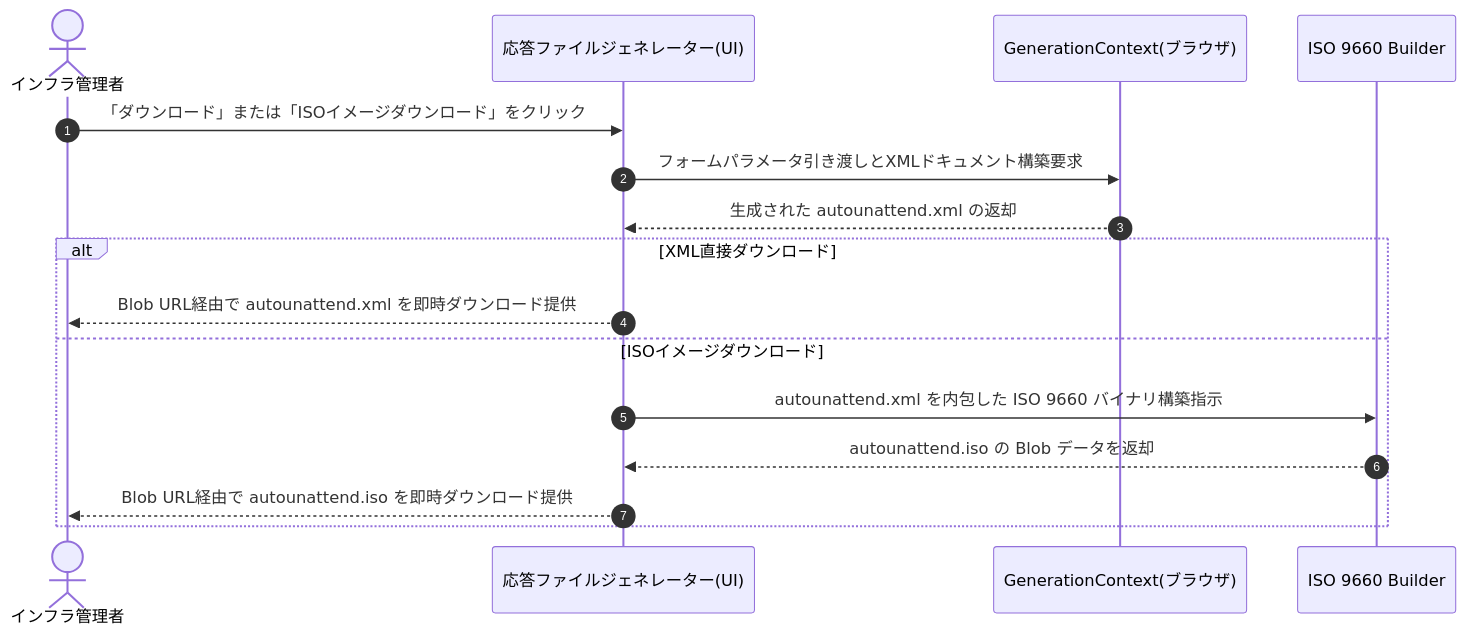
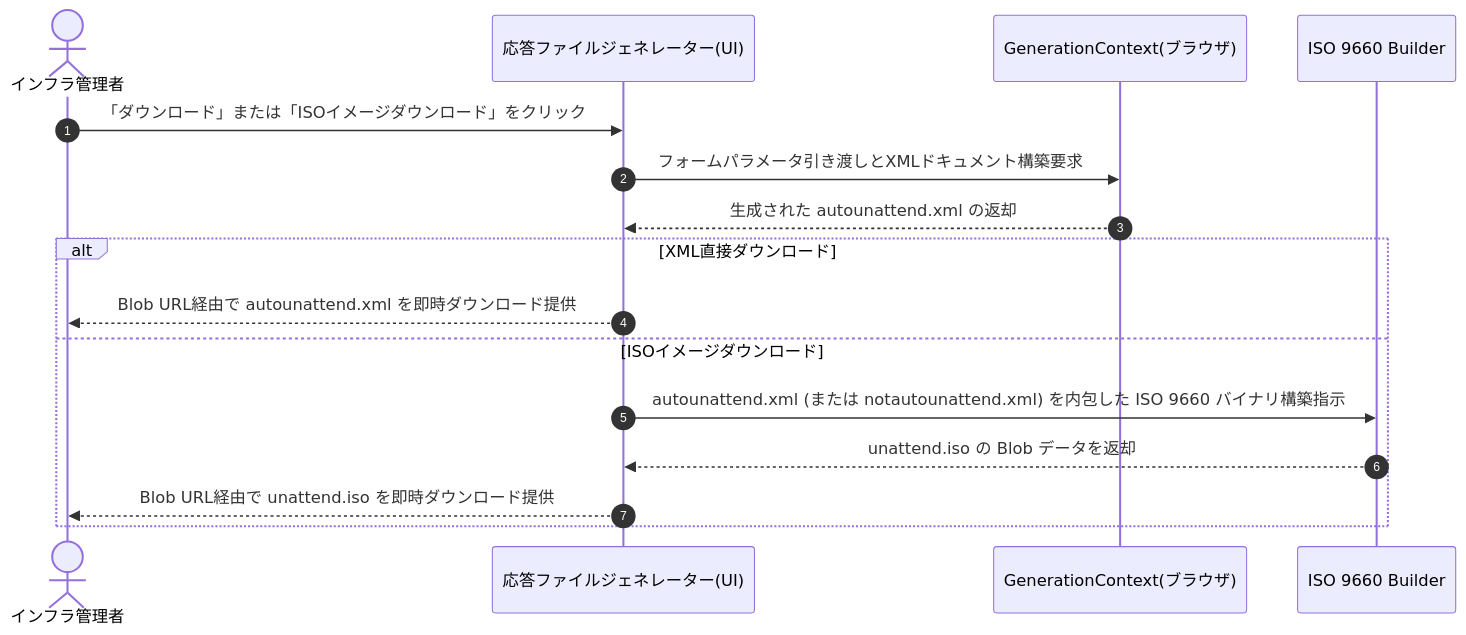
Before and after one commit to CTD-Networks-CO-LTD/unattend-generator_ja-JP: the sixth of 11 diagrams in .gear/1_要件定義/13_業務フロー.md, drawn with Mermaid. The commit also changed 23 other files, not shown here.

````diff
--- a/.gear/1_要件定義/13_業務フロー.md
+++ b/.gear/1_要件定義/13_業務フロー.md
@@ -135,19 +135,19 @@
 ```mermaid
 sequenceDiagram
     autonumber
     actor admin as インフラ管理者
     participant generator as 応答ファイルジェネレーター(UI)
     participant context as GenerationContext(ブラウザ)
     participant iso as ISO 9660 Builder
 
     admin->>generator: 「ダウンロード」または「ISOイメージダウンロード」をクリック
     generator->>context: フォームパラメータ引き渡しとXMLドキュメント構築要求
     context-->>generator: 生成された autounattend.xml の返却
     alt XML直接ダウンロード
         generator-->>admin: Blob URL経由で autounattend.xml を即時ダウンロード提供
     else ISOイメージダウンロード
-        generator->>iso: autounattend.xml を内包した ISO 9660 バイナリ構築指示
-        iso-->>generator: autounattend.iso の Blob データを返却
-        generator-->>admin: Blob URL経由で autounattend.iso を即時ダウンロード提供
+        generator->>iso: autounattend.xml (または notautounattend.xml) を内包した ISO 9660 バイナリ構築指示
+        iso-->>generator: unattend.iso の Blob データを返却
+        generator-->>admin: Blob URL経由で unattend.iso を即時ダウンロード提供
     end
 ```
````
